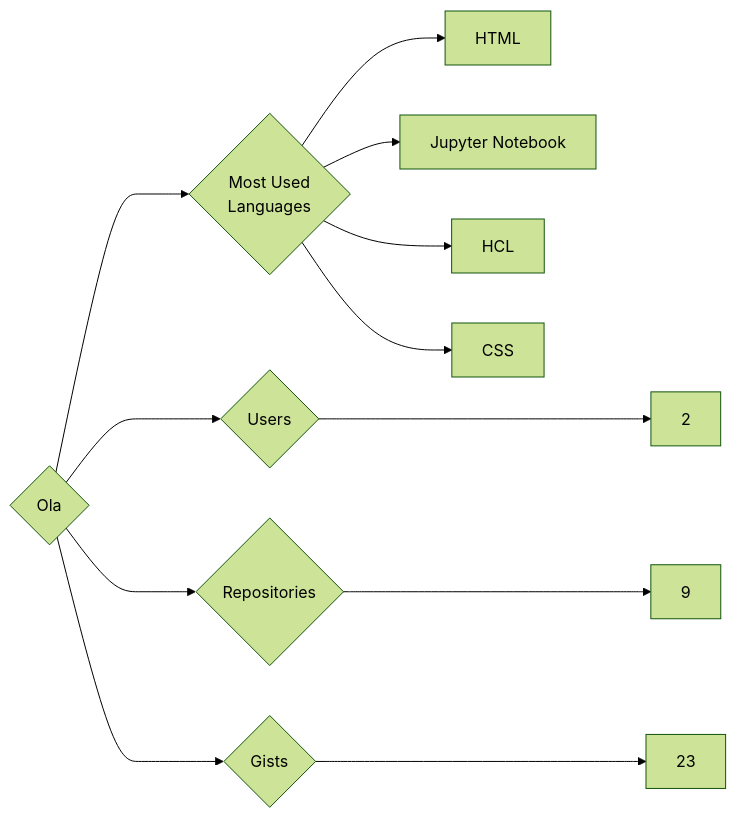
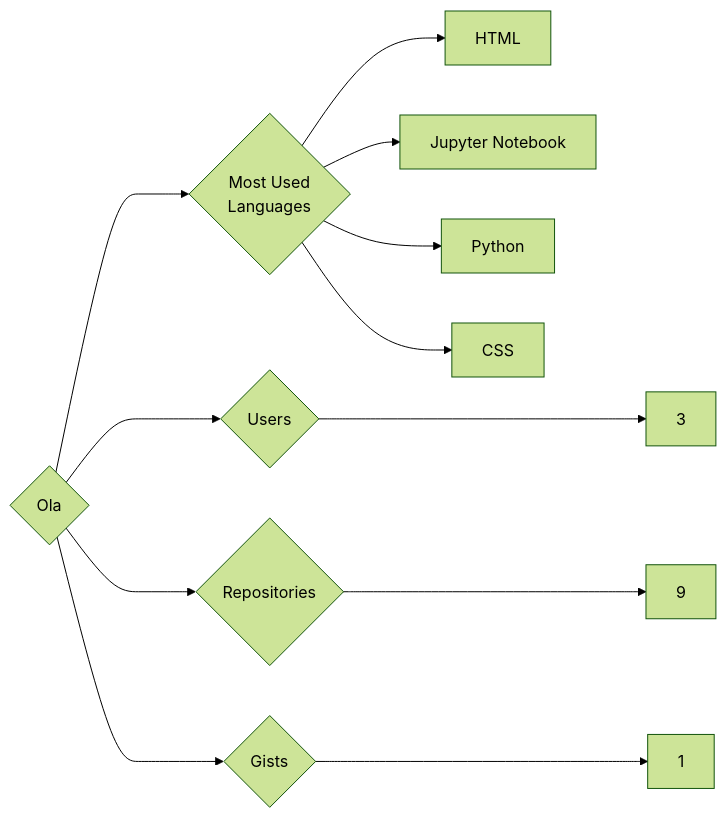
The diagram in targets/Ola/README.md (trickest/insiders), drawn with Mermaid (forest theme) before and after one commit. The commit also changed 1496 other files, not shown here.

````diff
--- a/targets/Ola/README.md
+++ b/targets/Ola/README.md
@@ -3,12 +3,12 @@
 ```mermaid
 graph LR
 COMPANY_NAME{Ola}
-COMPANY_NAME ---> U{Users} ---> UN[2]
+COMPANY_NAME ---> U{Users} ---> UN[3]
 COMPANY_NAME ---> R{Repositories} ---> RN[9]
-COMPANY_NAME ---> G{Gists} ---> GN[23]
+COMPANY_NAME ---> G{Gists} ---> GN[1]
 COMPANY_NAME ---> ML{Most Used<br>Languages}
 ML --> HTML[HTML]
 ML --> Jupyter_Notebook[Jupyter Notebook]
-ML --> HCL[HCL]
+ML --> Python[Python]
 ML --> CSS[CSS]
 ```
````
